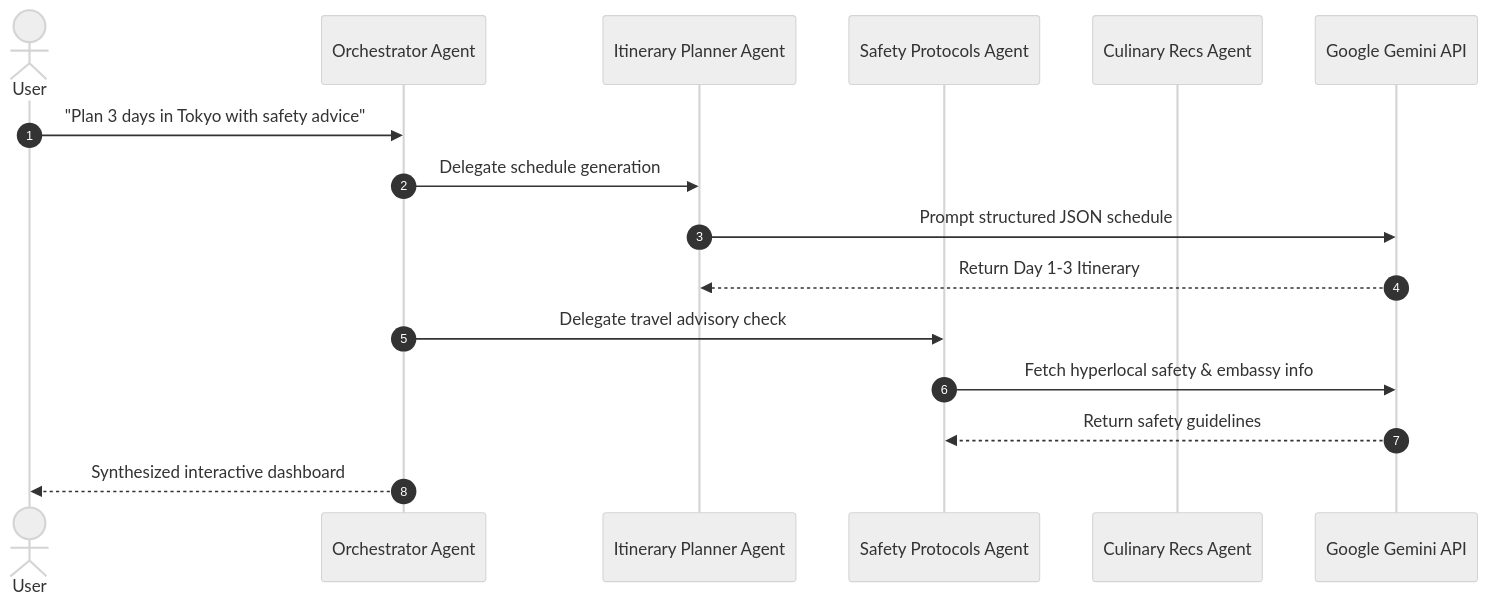
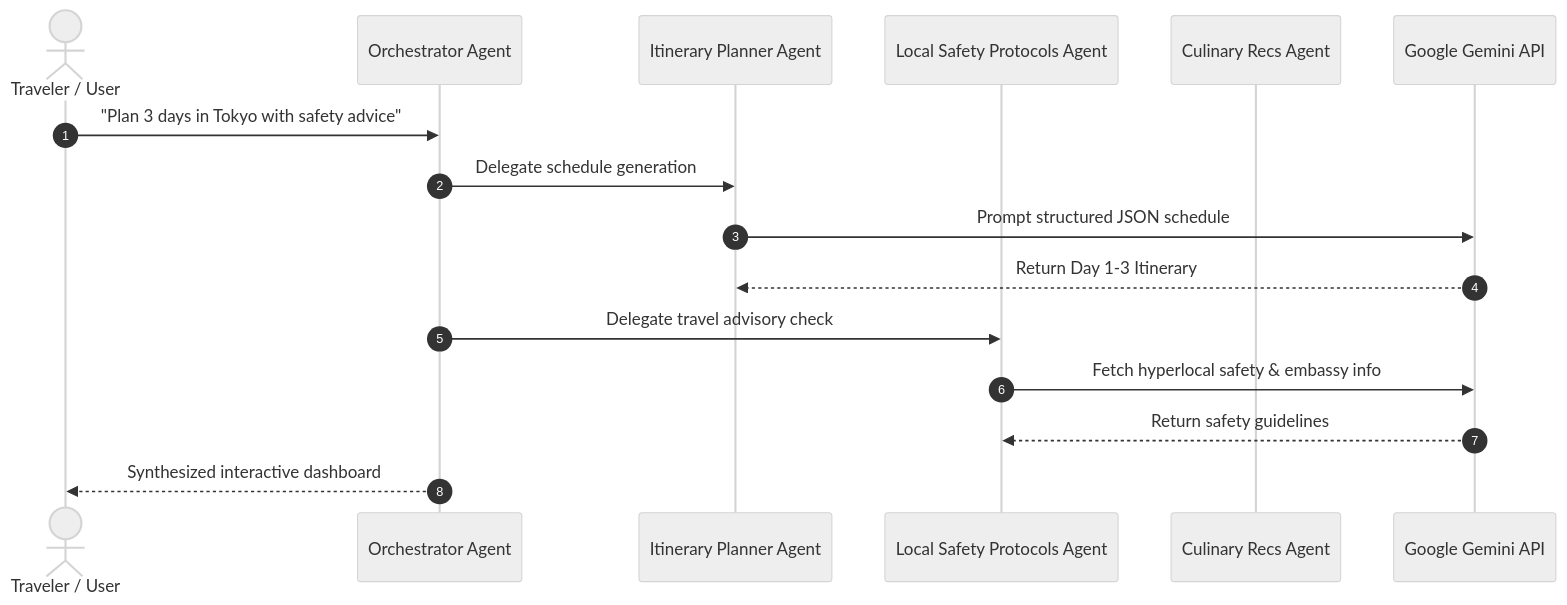
The diagram in README.md (KrishnaKanhaiya1/smartTour), drawn with Mermaid (neutral theme) before and after one commit. The commit also changed other lines of this file, not shown here.

Commit message:
docs: update best-in-class README with UI feature matrix, architecture diagrams & live badges

````diff
--- a/README.md
+++ b/README.md
@@ -21,19 +20,19 @@
 ```mermaid
 sequenceDiagram
     autonumber
-    actor User
+    actor User as Traveler / User
     participant Router as Orchestrator Agent
     participant Itinerary as Itinerary Planner Agent
-    participant Safety as Safety Protocols Agent
+    participant Safety as Local Safety Protocols Agent
     participant Food as Culinary Recs Agent
     participant Gemini as Google Gemini API
 
     User->>Router: "Plan 3 days in Tokyo with safety advice"
     Router->>Itinerary: Delegate schedule generation
     Itinerary->>Gemini: Prompt structured JSON schedule
     Gemini-->>Itinerary: Return Day 1-3 Itinerary
     Router->>Safety: Delegate travel advisory check
     Safety->>Gemini: Fetch hyperlocal safety & embassy info
     Gemini-->>Safety: Return safety guidelines
     Router-->>User: Synthesized interactive dashboard
 ```
````
